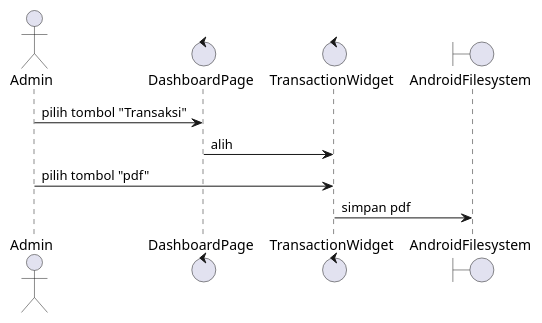
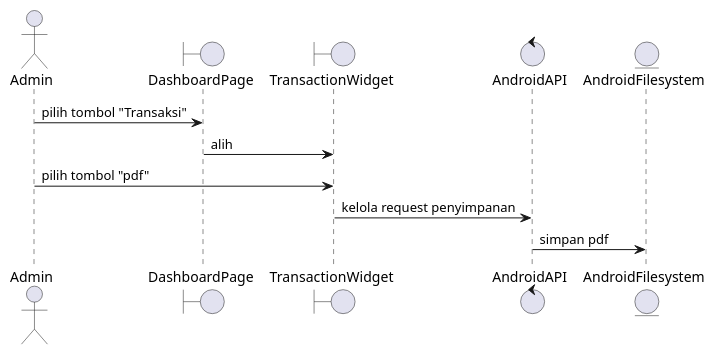
Before and after one commit to stnDinus/skpl_apbo_diagrams: the diagram in pdf_trx_history_seq.puml, drawn with PlantUML. The commit also changed 9 other files, not shown here.

Commit message:
fix: sequence diagram

```diff
--- a/pdf_trx_history_seq.puml
+++ b/pdf_trx_history_seq.puml
@@ -1,12 +1,14 @@
 @startuml
 actor Admin
-control DashboardPage
-control TransactionWidget
-boundary AndroidFilesystem
+boundary DashboardPage
+boundary TransactionWidget
+control AndroidAPI
+entity AndroidFilesystem
 
 Admin -> DashboardPage: pilih tombol "Transaksi"
 DashboardPage -> TransactionWidget: alih
 Admin -> TransactionWidget: pilih tombol "pdf"
-TransactionWidget -> AndroidFilesystem: simpan pdf
+TransactionWidget -> AndroidAPI: kelola request penyimpanan
+AndroidAPI -> AndroidFilesystem: simpan pdf
 
 @enduml
```
